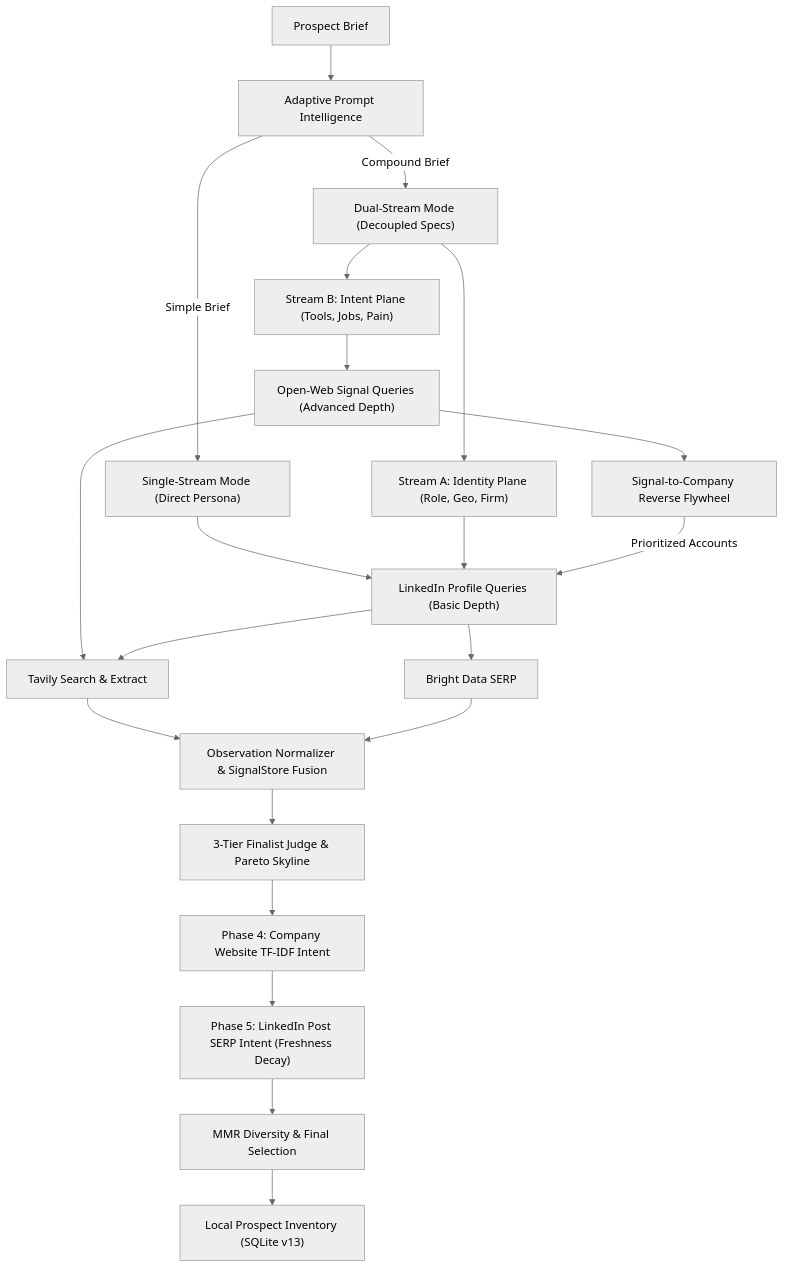
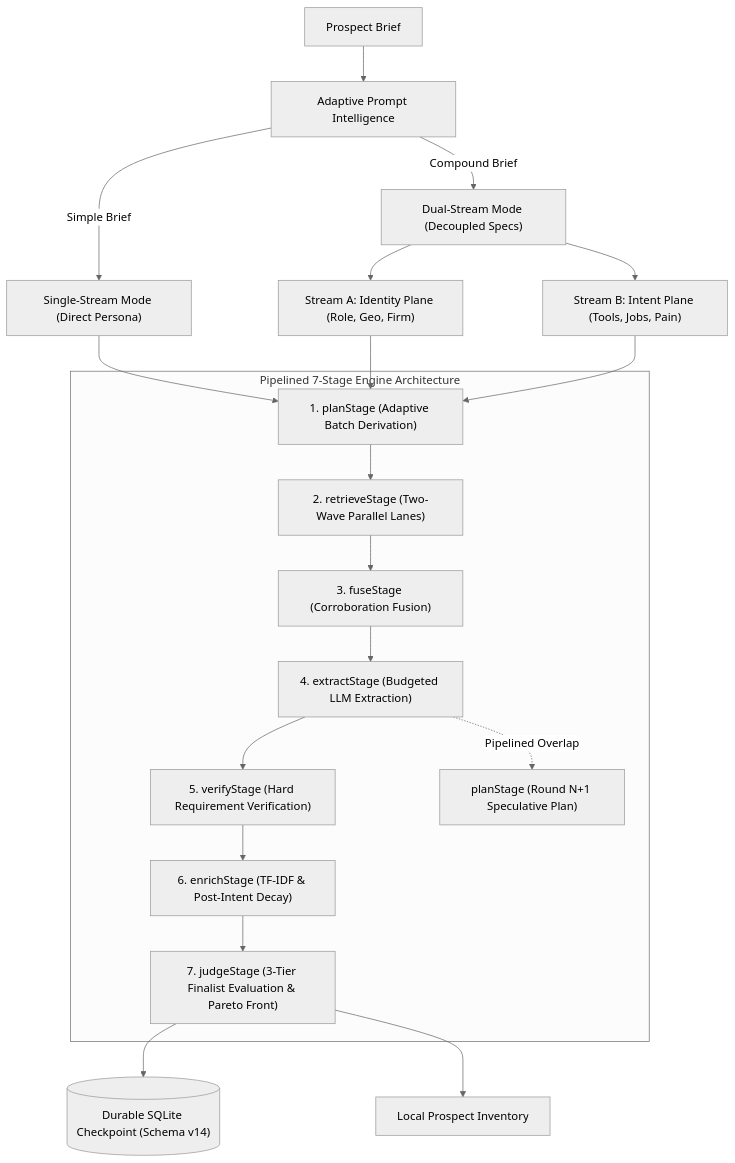
The first of 2 diagrams in README.md (AliasHolmes/Apex-CRM), drawn with Mermaid (neutral theme) before and after one commit. The commit also changed other lines of this file, not shown here.

Commit message:
docs: update README with 7-stage engine architecture, durable checkpoints, B2 conflict modal, and 180 tests

````diff
--- a/README.md
+++ b/README.md
@@ -39,23 +40,28 @@
 ```mermaid
 flowchart TD
     Brief["Prospect Brief"] --> Classifier["Adaptive Prompt Intelligence"]
     Classifier -->|Simple Brief| StreamIdentity["Single-Stream Mode (Direct Persona)"]
     Classifier -->|Compound Brief| StreamDual["Dual-Stream Mode (Decoupled Specs)"]
     StreamDual --> StreamA["Stream A: Identity Plane (Role, Geo, Firm)"]
     StreamDual --> StreamB["Stream B: Intent Plane (Tools, Jobs, Pain)"]
-    StreamIdentity --> PersonQueries["LinkedIn Profile Queries (Basic Depth)"]
-    StreamA --> PersonQueries
-    StreamB --> SignalQueries["Open-Web Signal Queries (Advanced Depth)"]
-    SignalQueries --> Tavily["Tavily Search & Extract"]
-    PersonQueries --> Tavily
-    PersonQueries --> Bright["Bright Data SERP"]
-    SignalQueries --> Flywheel["Signal-to-Company Reverse Flywheel"]
-    Flywheel -->|Prioritized Accounts| PersonQueries
-    Tavily --> Fusion["Observation Normalizer & SignalStore Fusion"]
-    Bright --> Fusion
-    Fusion --> Judge["3-Tier Finalist Judge & Pareto Skyline"]
-    Judge --> Phase4["Phase 4: Company Website TF-IDF Intent"]
-    Phase4 --> Phase5["Phase 5: LinkedIn Post SERP Intent (Freshness Decay)"]
-    Phase5 --> MMR["MMR Diversity & Final Selection"]
-    MMR --> Inventory["Local Prospect Inventory (SQLite v13)"]
+    
+    subgraph Stages ["Pipelined 7-Stage Engine Architecture"]
+        Plan["1. planStage (Adaptive Batch Derivation)"]
+        Retrieve["2. retrieveStage (Two-Wave Parallel Lanes)"]
+        Fuse["3. fuseStage (Corroboration Fusion)"]
+        Extract["4. extractStage (Budgeted LLM Extraction)"]
+        Verify["5. verifyStage (Hard Requirement Verification)"]
+        Enrich["6. enrichStage (TF-IDF & Post-Intent Decay)"]
+        Judge["7. judgeStage (3-Tier Finalist Evaluation & Pareto Front)"]
+        
+        Plan --> Retrieve --> Fuse --> Extract --> Verify --> Enrich --> Judge
+        Extract -.->|Pipelined Overlap| PlanNext["planStage (Round N+1 Speculative Plan)"]
+    end
+
+    StreamIdentity --> Plan
+    StreamA --> Plan
+    StreamB --> Plan
+    
+    Judge --> Checkpoint[("Durable SQLite Checkpoint (Schema v14)")]
+    Judge --> Inventory["Local Prospect Inventory"]
 ```
````
